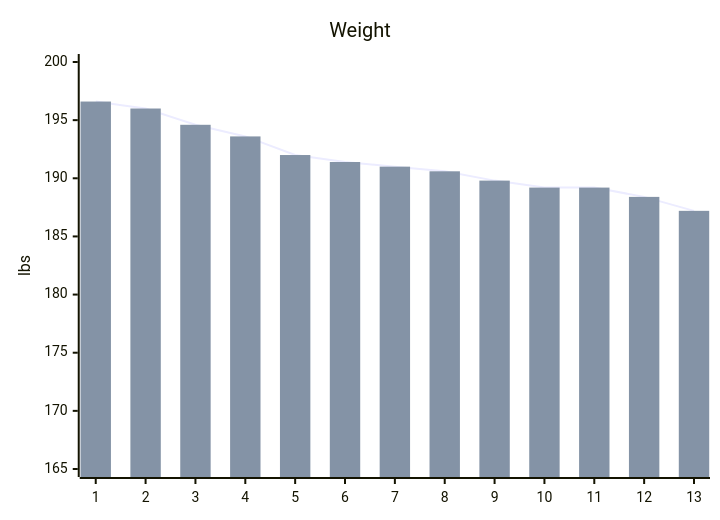
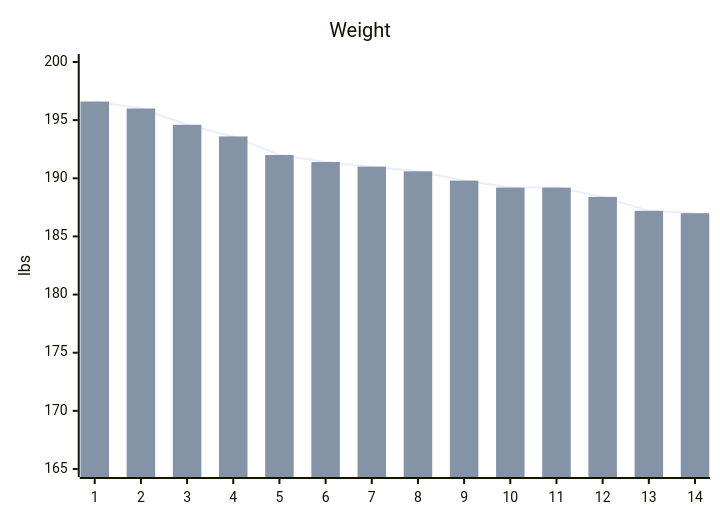
Before and after one commit to stevenelson35/stevenelson35.github.io: the diagram in all_collections/_personal/goals.md, drawn with Mermaid. The commit also changed other lines of this file, not shown here.

```diff
--- a/all_collections/_personal/goals.md
+++ b/all_collections/_personal/goals.md
@@ -11,8 +11,8 @@
 <pre class="mermaid" >
   xychart-beta
     title "Weight" 
-    x-axis [1, 2, 3, 4, 5, 6, 7, 8, 9, 10, 11, 12, 13] 
+    x-axis [1, 2, 3, 4, 5, 6, 7, 8, 9, 10, 11, 12, 13, 14] 
     y-axis "lbs" 165 --> 200
-    line [196.6, 196.0, 194.6, 193.6, 192.0, 191.4, 191.0, 190.6, 189.8, 189.2, 189.2, 188.4, 187.2]
-    bar [196.6, 196.0, 194.6, 193.6, 192.0, 191.4, 191.0, 190.6, 189.8, 189.2, 189.2, 188.4, 187.2]
+    line [196.6, 196.0, 194.6, 193.6, 192.0, 191.4, 191.0, 190.6, 189.8, 189.2, 189.2, 188.4, 187.2, 187.0]
+    bar [196.6, 196.0, 194.6, 193.6, 192.0, 191.4, 191.0, 190.6, 189.8, 189.2, 189.2, 188.4, 187.2, 187.0]
 </pre>
```
